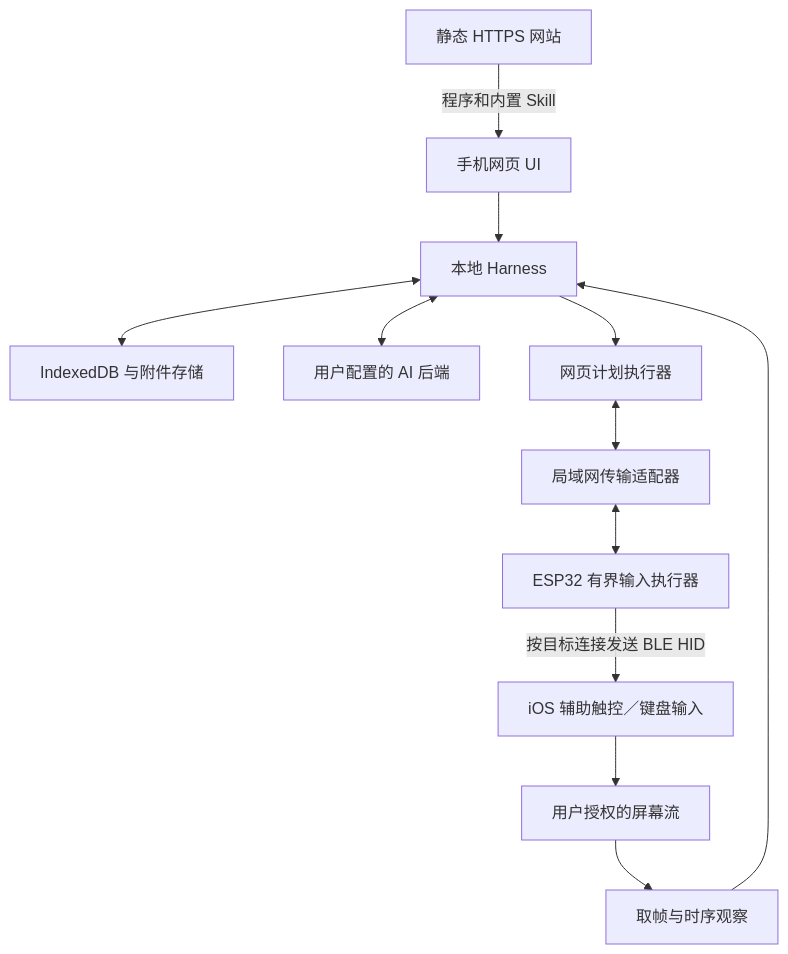
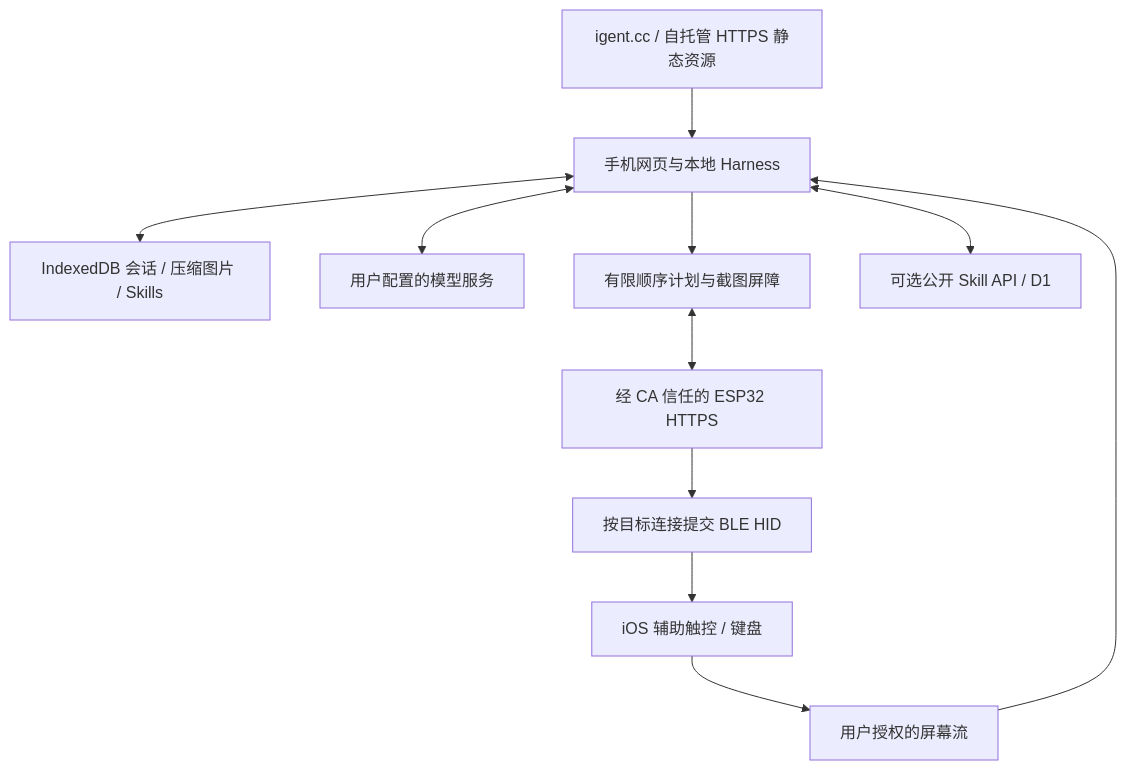
One commit to cccat6/iphone-agent-harness changed the diagram in docs/architecture/overview.md. Above: the diagram before and after it, drawn with Mermaid. The commit also changed other lines of this file and 263 other files, not shown here.

Commit message:
Complete local iPhone harness, signed Skills and secure ESP32 bridge

````diff
--- a/docs/architecture/overview.md
+++ b/docs/architecture/overview.md
@@ -16,14 +9,13 @@
 ```mermaid
 flowchart TD
-  Static[静态 HTTPS 网站] -->|程序和内置 Skill| Web[手机网页 UI]
-  Web --> Harness[本地 Harness]
-  Harness <--> DB[IndexedDB 与附件存储]
-  Capture[用户授权的屏幕流] --> Observe[取帧与时序观察]
-  Observe --> Harness
-  Harness <--> Provider[用户配置的 AI 后端]
-  Harness --> Executor[网页计划执行器]
-  Executor <--> LAN[局域网传输适配器]
-  LAN <--> Board[ESP32 有界输入执行器]
-  Board -->|按目标连接发送 BLE HID| Phone[iOS 辅助触控／键盘输入]
+  Static[igent.cc / 自托管 HTTPS 静态资源] --> Web[手机网页与本地 Harness]
+  Web <--> DB[IndexedDB 会话 / 压缩图片 / Skills]
+  Capture[用户授权的屏幕流] --> Web
+  Web <--> Model[用户配置的模型服务]
+  Web --> Plan[有限顺序计划与截图屏障]
+  Plan <--> LAN[经 CA 信任的 ESP32 HTTPS]
+  LAN --> HID[按目标连接提交 BLE HID]
+  HID --> Phone[iOS 辅助触控 / 键盘]
   Phone --> Capture
+  Web <--> Community[可选公开 Skill API / D1]
 ```
````
